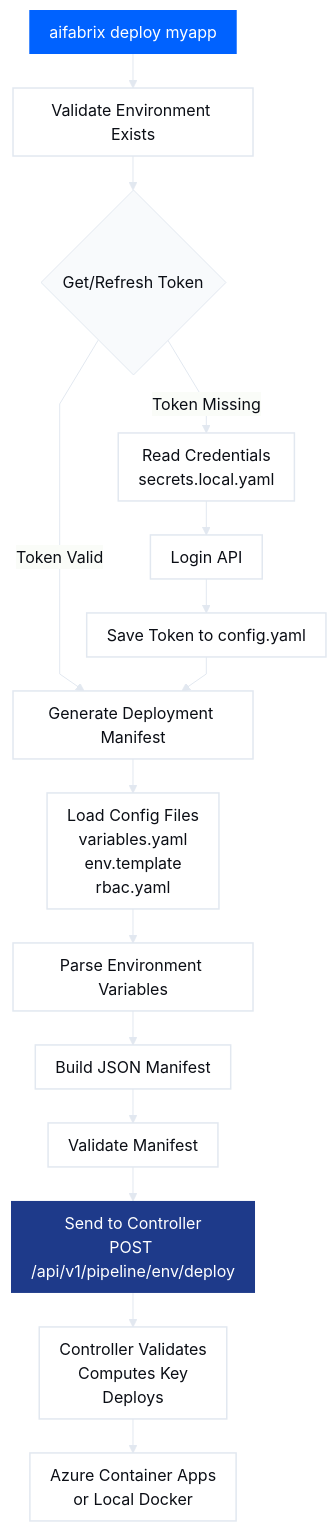
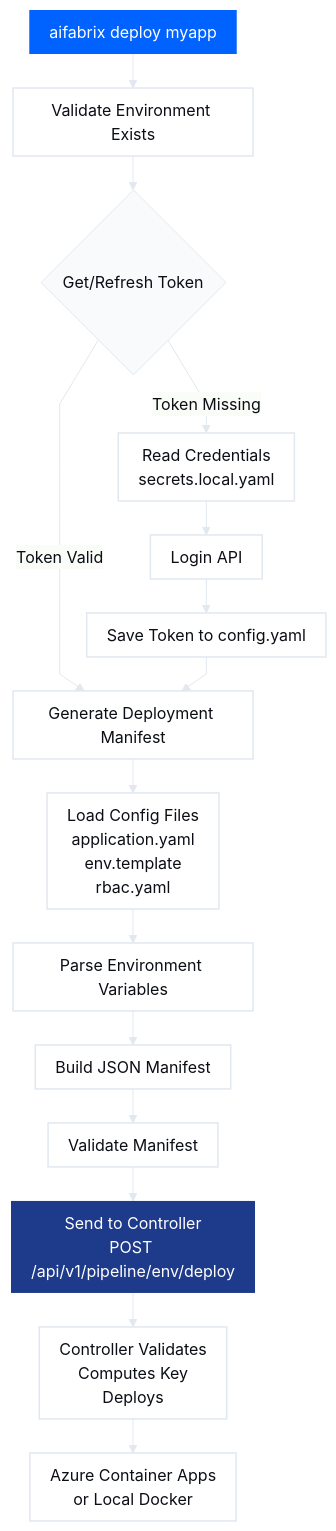
Before and after one commit to esystemsdev/aifabrix-builder: the fifth of 7 diagrams in docs/deploying.md, drawn with Mermaid. The commit also changed other lines of this file and 259 other files, not shown here.

````diff
--- a/docs/deploying.md
+++ b/docs/deploying.md
@@ -226,50 +416,50 @@
 ```mermaid
 %%{init: {
   "theme": "base",
   "themeVariables": {
     "fontFamily": "Poppins, Arial Rounded MT Bold, Arial, sans-serif",
     "fontSize": "16px",
     "background": "#FFFFFF",
     "primaryColor": "#F8FAFC",
     "primaryTextColor": "#0B0E15",
     "primaryBorderColor": "#E2E8F0",
     "lineColor": "#E2E8F0",
     "textColor": "#0B0E15",
     "borderRadius": 16
   },
   "flowchart": {
     "curve": "linear",
     "nodeSpacing": 34,
     "rankSpacing": 34,
     "padding": 10
   }
 }}%%
 
 flowchart TD
 
 %% =======================
 %% Styles
 %% =======================
 classDef base fill:#FFFFFF,color:#0B0E15,stroke:#E2E8F0,stroke-width:1.5px;
 classDef medium fill:#1E3A8A,color:#ffffff,stroke-width:0px;
 classDef primary fill:#0062FF,color:#ffffff,stroke-width:0px;
 
 %% =======================
 %% Flow
 %% =======================
 Start[aifabrix deploy myapp]:::primary --> ValidateEnv[Validate Environment Exists]:::base
 ValidateEnv --> GetToken{Get/Refresh Token}
 GetToken -->|Token Missing| ReadCreds[Read Credentials<br/>secrets.local.yaml]:::base
 ReadCreds --> Login[Login API]:::base
 Login --> SaveToken[Save Token to config.yaml]:::base
 GetToken -->|Token Valid| GenerateManifest[Generate Deployment Manifest]:::base
 SaveToken --> GenerateManifest
 
-GenerateManifest --> LoadConfig[Load Config Files<br/>variables.yaml<br/>env.template<br/>rbac.yaml]:::base
+GenerateManifest --> LoadConfig[Load Config Files<br/>application.yaml<br/>env.template<br/>rbac.yaml]:::base
 LoadConfig --> ParseEnv[Parse Environment Variables]:::base
 ParseEnv --> BuildManifest[Build JSON Manifest]:::base
 BuildManifest --> ValidateManifest[Validate Manifest]:::base
 ValidateManifest --> SendController[Send to Controller<br/>POST /api/v1/pipeline/env/deploy]:::medium
 SendController --> ControllerProcess[Controller Validates<br/>Computes Key<br/>Deploys]:::base
 ControllerProcess --> DeployAzure[Azure Container Apps<br/>or Local Docker]:::base
 ```
````
